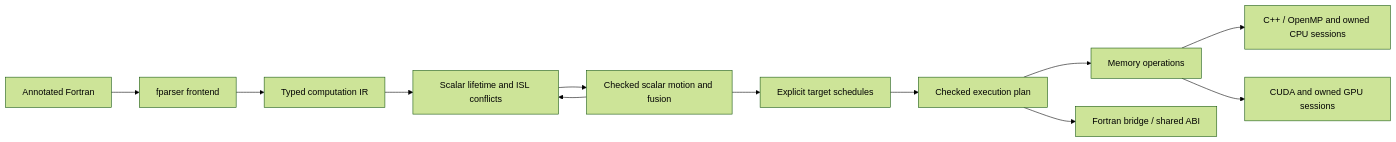
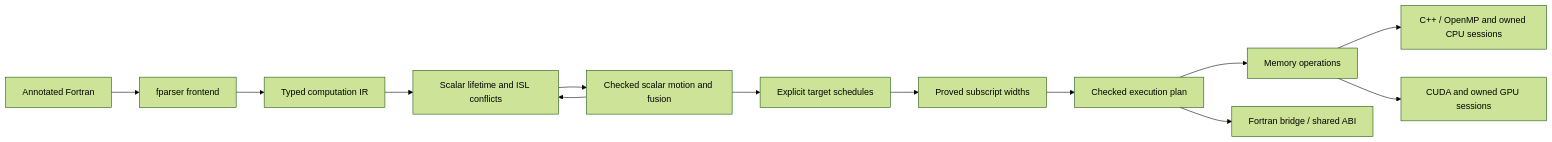
The diagram in compiler/README.md (jiriklepl/fortran-to-cuda), drawn with Mermaid (forest theme) before and after one commit. The commit also changed other lines of this file and 17 other files, not shown here.

````diff
--- a/compiler/README.md
+++ b/compiler/README.md
@@ -7,14 +7,15 @@
 ```mermaid
 flowchart LR
     F[Annotated Fortran] --> P[fparser frontend]
     P --> I[Typed computation IR]
     I --> A[Scalar lifetime and ISL conflicts]
     A --> T[Checked scalar motion and fusion]
     T --> A
     T --> S[Explicit target schedules]
-    S --> E[Checked execution plan]
+    S --> D[Proved subscript widths]
+    D --> E[Checked execution plan]
     E --> M[Memory operations]
     M --> C[C++ / OpenMP and owned CPU sessions]
     M --> G[CUDA and owned GPU sessions]
     E --> B[Fortran bridge / shared ABI]
 ```
````
